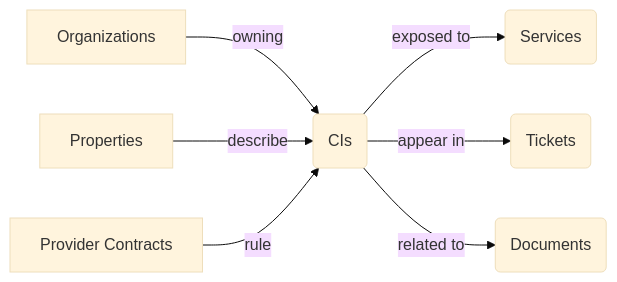
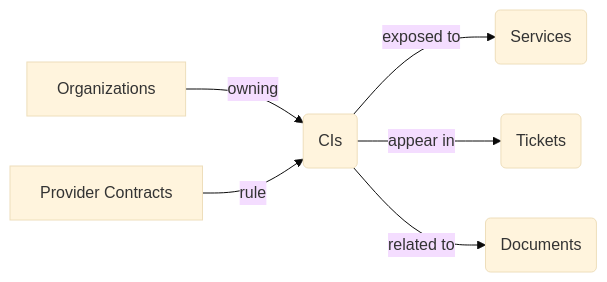
The fourth of 8 diagrams in content/posts/itop-walkthrough/index.md (xeylou/testade.xeylou.fr), drawn with Mermaid (base theme) before and after one commit. The commit also changed other lines of this file, not shown here.

```diff
--- a/content/posts/itop-walkthrough/index.md
+++ b/content/posts/itop-walkthrough/index.md
@@ -175,9 +175,8 @@
 {{< mermaid >}}
 graph LR
 B[Organizations] -->|owning| A(CIs)
-G[Properties] -->|describe| A
 A -->|exposed to| C(Services)
 D[Provider Contracts] -->|rule| A
 A -->|appear in| E(Tickets)
 A -->|related to| F(Documents)
 {{< /mermaid >}}
```
